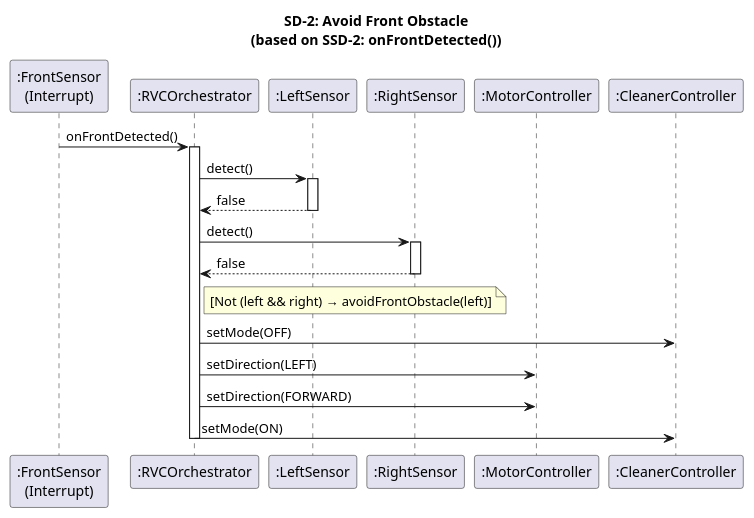
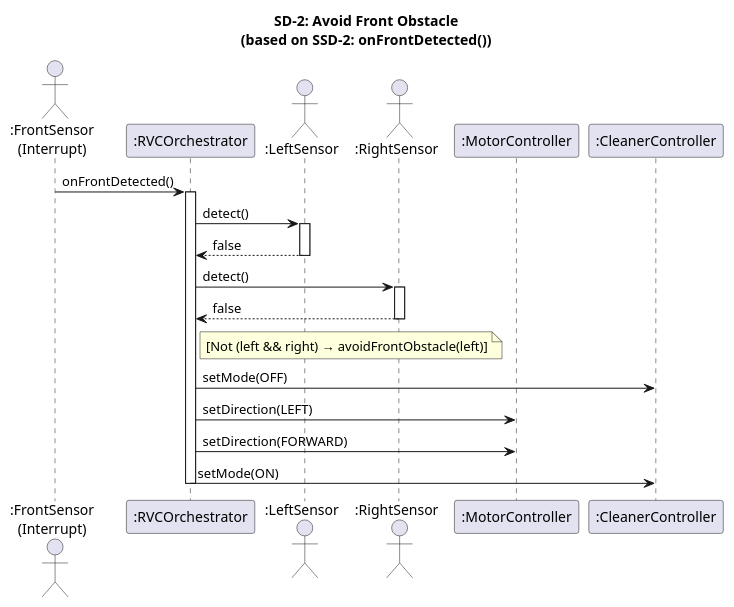
The second of 4 diagrams in docs/vibe-coding/03-ood/sequence-diagrams.mdx (OOP-konkuk/CICD-Team7), drawn with PlantUML before and after one commit. The commit also changed other lines of this file and 4 other files, not shown here.

````diff
--- a/docs/vibe-coding/03-ood/sequence-diagrams.mdx
+++ b/docs/vibe-coding/03-ood/sequence-diagrams.mdx
@@ -80,29 +80,29 @@
 ```plantuml
 @startuml SD2_AvoidFrontObstacle
 title SD-2: Avoid Front Obstacle\n(based on SSD-2: onFrontDetected())
 
-participant ":FrontSensor\n(Interrupt)" as FS
+actor ":FrontSensor\n(Interrupt)" as FS
 participant ":RVCOrchestrator" as Orch
-participant ":LeftSensor" as LS
-participant ":RightSensor" as RS
+actor ":LeftSensor" as LS
+actor ":RightSensor" as RS
 participant ":MotorController" as Motor
 participant ":CleanerController" as Cleaner
 
 FS -> Orch : onFrontDetected()
 activate Orch
 Orch -> LS : detect()
 activate LS
 LS --> Orch : false
 deactivate LS
 Orch -> RS : detect()
 activate RS
 RS --> Orch : false
 deactivate RS
 note right of Orch : [Not (left && right) → avoidFrontObstacle(left)]
 Orch -> Cleaner : setMode(OFF)
 Orch -> Motor : setDirection(LEFT)
 Orch -> Motor : setDirection(FORWARD)
 Orch -> Cleaner : setMode(ON)
 deactivate Orch
 @enduml
 ```
````
